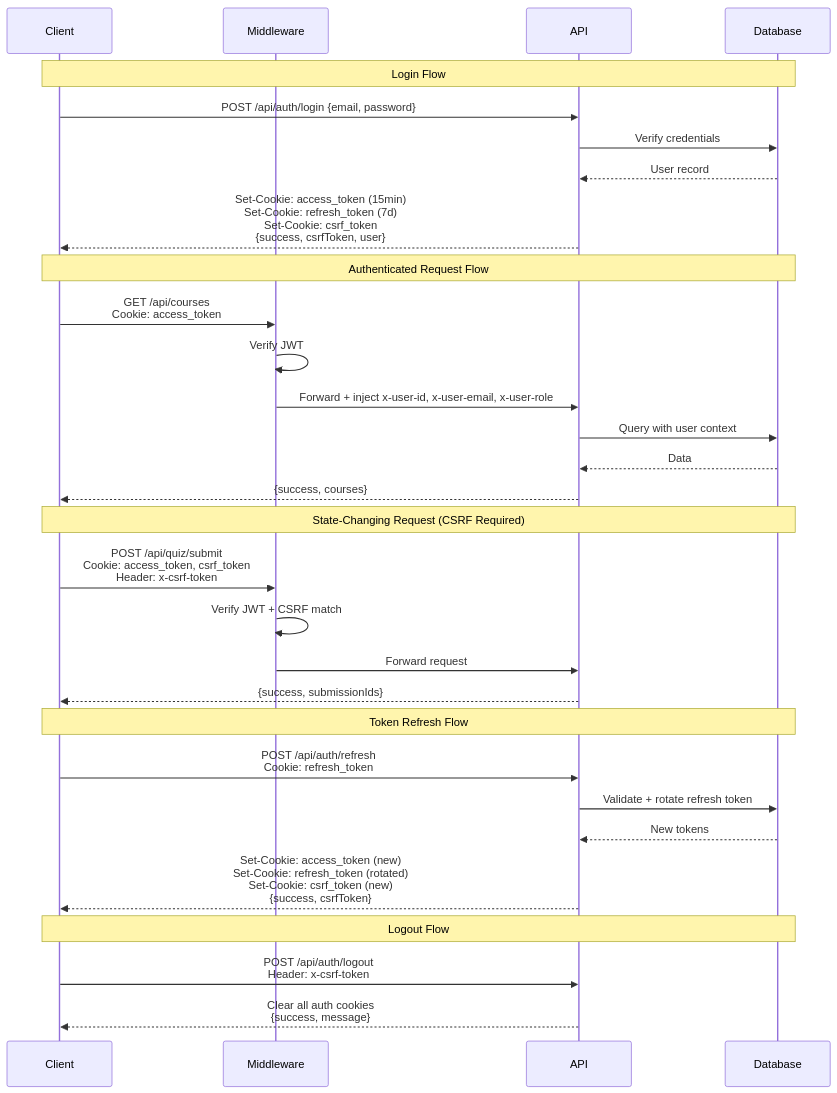
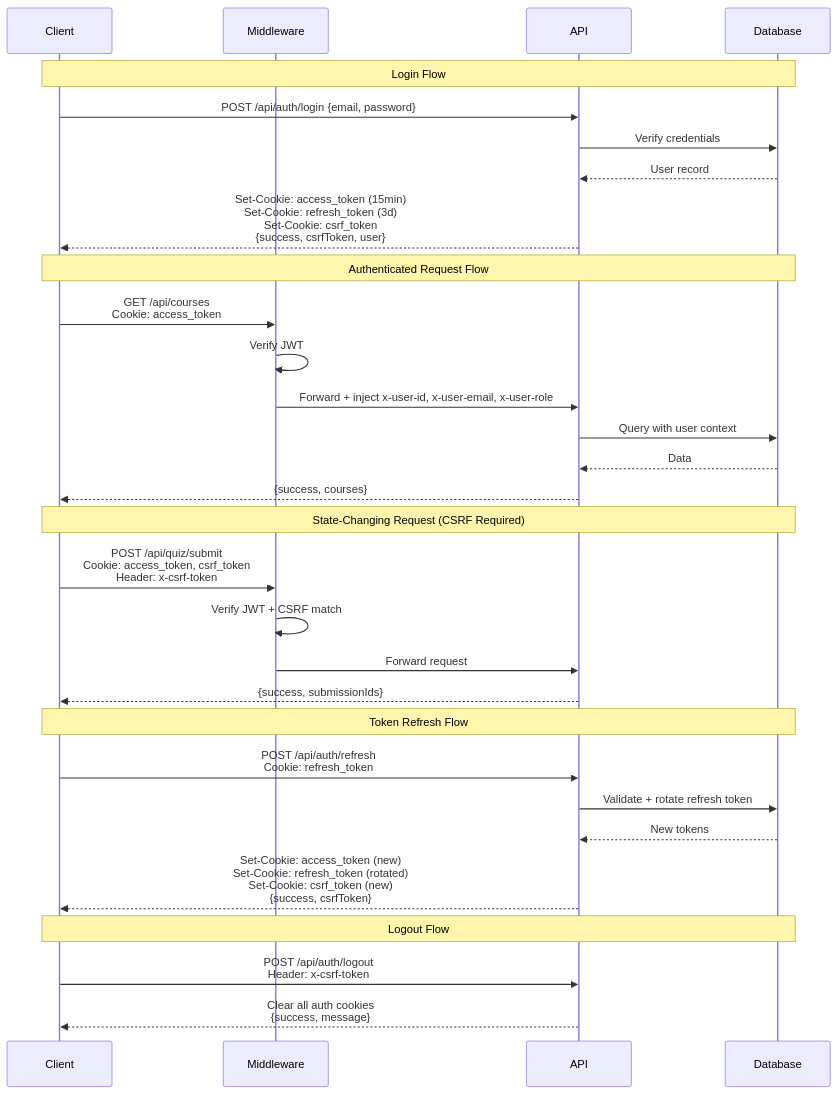
One commit to GlennAyden/PrincipleLearnV2 changed the diagram in docs/API_REFERENCE.md. Above: the diagram before and after it, drawn with Mermaid. The commit also changed other lines of this file and 26 other files, not shown here.

````diff
--- a/docs/API_REFERENCE.md
+++ b/docs/API_REFERENCE.md
@@ -149,37 +149,37 @@
 ```mermaid
 sequenceDiagram
     participant Client
     participant Middleware
     participant API
     participant Database
 
     Note over Client,Database: Login Flow
     Client->>API: POST /api/auth/login {email, password}
     API->>Database: Verify credentials
     Database-->>API: User record
-    API-->>Client: Set-Cookie: access_token (15min)<br/>Set-Cookie: refresh_token (7d)<br/>Set-Cookie: csrf_token<br/>{success, csrfToken, user}
+    API-->>Client: Set-Cookie: access_token (15min)<br/>Set-Cookie: refresh_token (3d)<br/>Set-Cookie: csrf_token<br/>{success, csrfToken, user}
 
     Note over Client,Database: Authenticated Request Flow
     Client->>Middleware: GET /api/courses<br/>Cookie: access_token
     Middleware->>Middleware: Verify JWT
     Middleware->>API: Forward + inject x-user-id, x-user-email, x-user-role
     API->>Database: Query with user context
     Database-->>API: Data
     API-->>Client: {success, courses}
 
     Note over Client,Database: State-Changing Request (CSRF Required)
     Client->>Middleware: POST /api/quiz/submit<br/>Cookie: access_token, csrf_token<br/>Header: x-csrf-token
     Middleware->>Middleware: Verify JWT + CSRF match
     Middleware->>API: Forward request
     API-->>Client: {success, submissionIds}
 
     Note over Client,Database: Token Refresh Flow
     Client->>API: POST /api/auth/refresh<br/>Cookie: refresh_token
     API->>Database: Validate + rotate refresh token
     Database-->>API: New tokens
     API-->>Client: Set-Cookie: access_token (new)<br/>Set-Cookie: refresh_token (rotated)<br/>Set-Cookie: csrf_token (new)<br/>{success, csrfToken}
 
     Note over Client,Database: Logout Flow
     Client->>API: POST /api/auth/logout<br/>Header: x-csrf-token
     API-->>Client: Clear all auth cookies<br/>{success, message}
 ```
````
